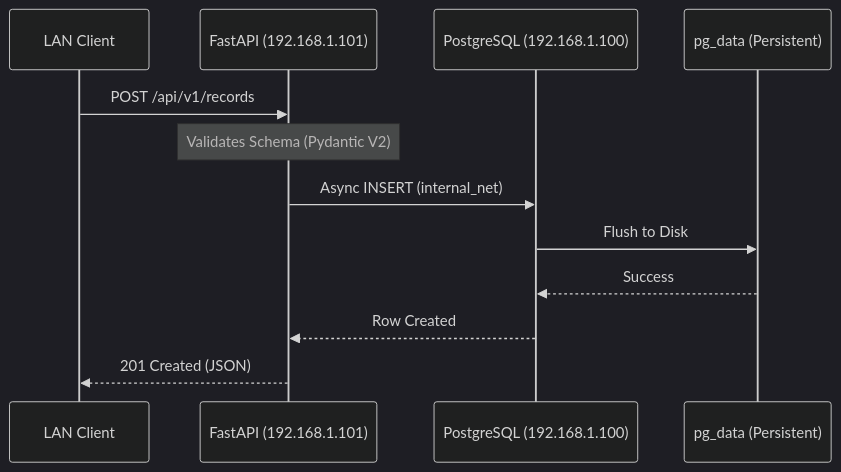
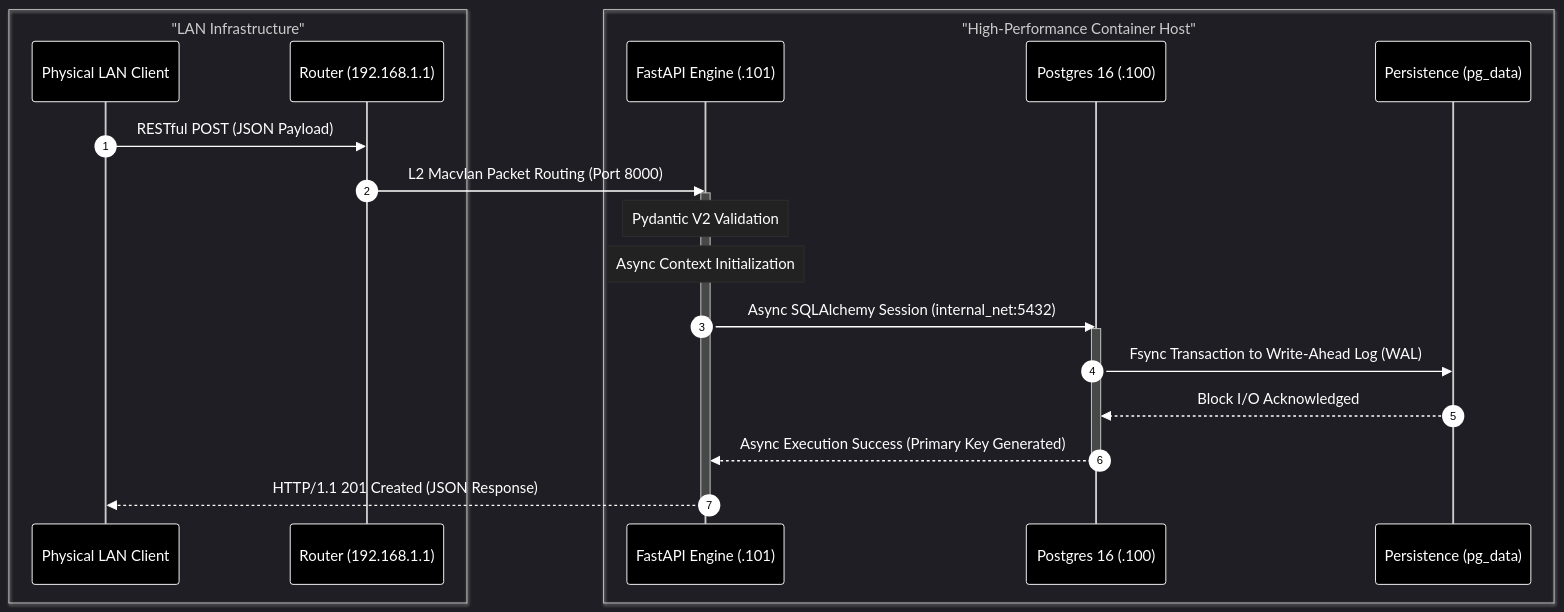
Before and after one commit to Srijato-05/DevOps-Theory-Lab: the second of 2 diagrams in Project Assignment/README.md, drawn with Mermaid. The commit also changed other lines of this file and 4 other files, not shown here.

````diff
--- a/Project Assignment/README.md
+++ b/Project Assignment/README.md
@@ -59,16 +61,33 @@
 ```mermaid
-%%{init: {'theme': 'dark'}}%%
+%%{init: {'theme': 'dark', 'themeVariables': { 'actorBkg':'#000', 'actorBorder':'#fff', 'actorTextColor':'#fff', 'signalColor':'#fff', 'signalTextColor':'#fff', 'noteBkgColor':'#222', 'noteTextColor':'#fff'}}}%%
 sequenceDiagram
-    participant User as LAN Client
-    participant API as FastAPI (192.168.1.101)
-    participant DB as PostgreSQL (192.168.1.100)
-    participant Volume as pg_data (Persistent)
+    autonumber
+    
+    box "LAN Infrastructure" #000
+    participant Client as Physical LAN Client
+    participant Gateway as Router (192.168.1.1)
+    end
 
-    User->>API: POST /api/v1/records
-    Note over API: Validates Schema (Pydantic V2)
-    API->>DB: Async INSERT (internal_net)
-    DB->>Volume: Flush to Disk
-    Volume-->>DB: Success
-    DB-->>API: Row Created
-    API-->>User: 201 Created (JSON)
+    box "High-Performance Container Host" #000
+    participant API as FastAPI Engine (.101)
+    participant DB as Postgres 16 (.100)
+    participant Vol as Persistence (pg_data)
+    end
+
+    Client->>Gateway: RESTful POST (JSON Payload)
+    Gateway->>API: L2 Macvlan Packet Routing (Port 8000)
+    
+    activate API
+    Note over API: Pydantic V2 Validation
+    Note over API: Async Context Initialization
+    
+    API->>DB: Async SQLAlchemy Session (internal_net:5432)
+    activate DB
+    DB->>Vol: Fsync Transaction to Write-Ahead Log (WAL)
+    Vol-->>DB: Block I/O Acknowledged
+    DB-->>API: Async Execution Success (Primary Key Generated)
+    deactivate DB
+    
+    API-->>Client: HTTP/1.1 201 Created (JSON Response)
+    deactivate API
 ```
````
